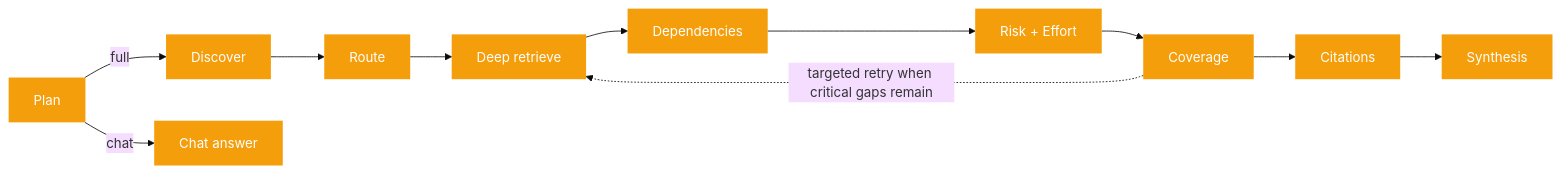
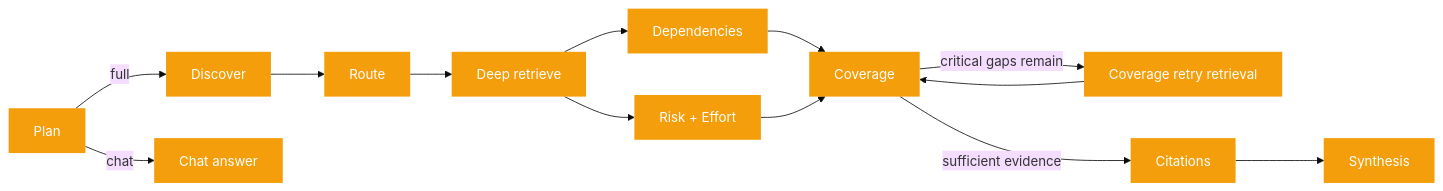
Before and after one commit to gurungabit/prism: the first of 4 diagrams in docs/agents.md, drawn with Mermaid (base theme). The commit also changed other lines of this file and 1 other file, not shown here.

Commit message:
docs: align analysis workflow diagrams

````diff
--- a/docs/agents.md
+++ b/docs/agents.md
@@ -13,21 +13,27 @@
 ```mermaid
 flowchart LR
     P["Plan"]
     R["Discover"]
     DR["Deep retrieve"]
     RT["Route"]
     D["Dependencies"]
     RE["Risk + Effort"]
     C["Coverage"]
+    CR["Coverage retry retrieval"]
     CI["Citations"]
     S["Synthesis"]
     CH["Chat answer"]
 
     P -- full --> R
     P -- chat --> CH
-    R --> RT --> DR --> D --> RE --> C --> CI --> S
-    C -. targeted retry when critical gaps remain .-> DR
+    R --> RT --> DR
+    DR --> D
+    DR --> RE
+    D --> C
+    RE --> C
+    C -- sufficient evidence --> CI --> S
+    C -- critical gaps remain --> CR --> C
 
     classDef step fill:#f59e0b,color:#fff,stroke:none;
-    class P,R,RT,DR,D,RE,C,CI,S,CH step;
+    class P,R,RT,DR,D,RE,C,CR,CI,S,CH step;
 ```
````
